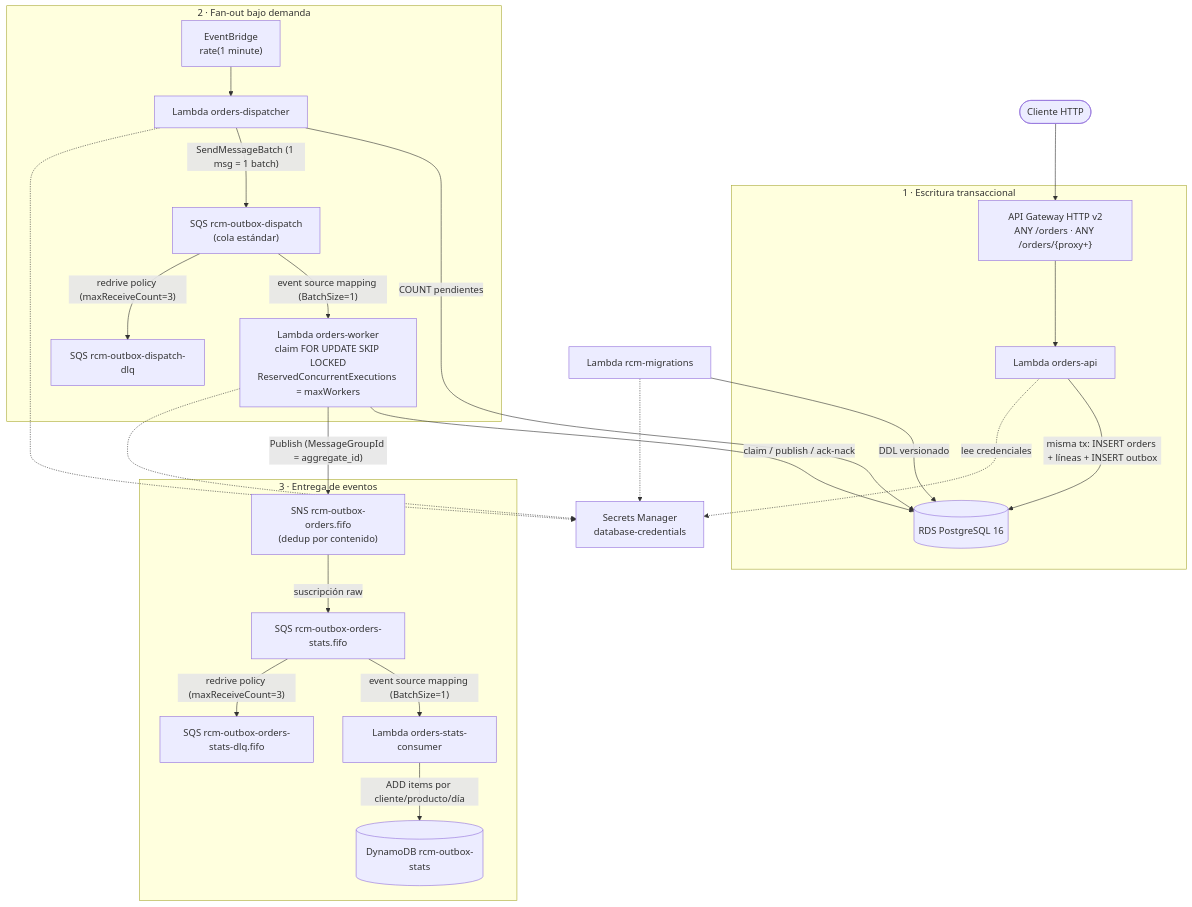
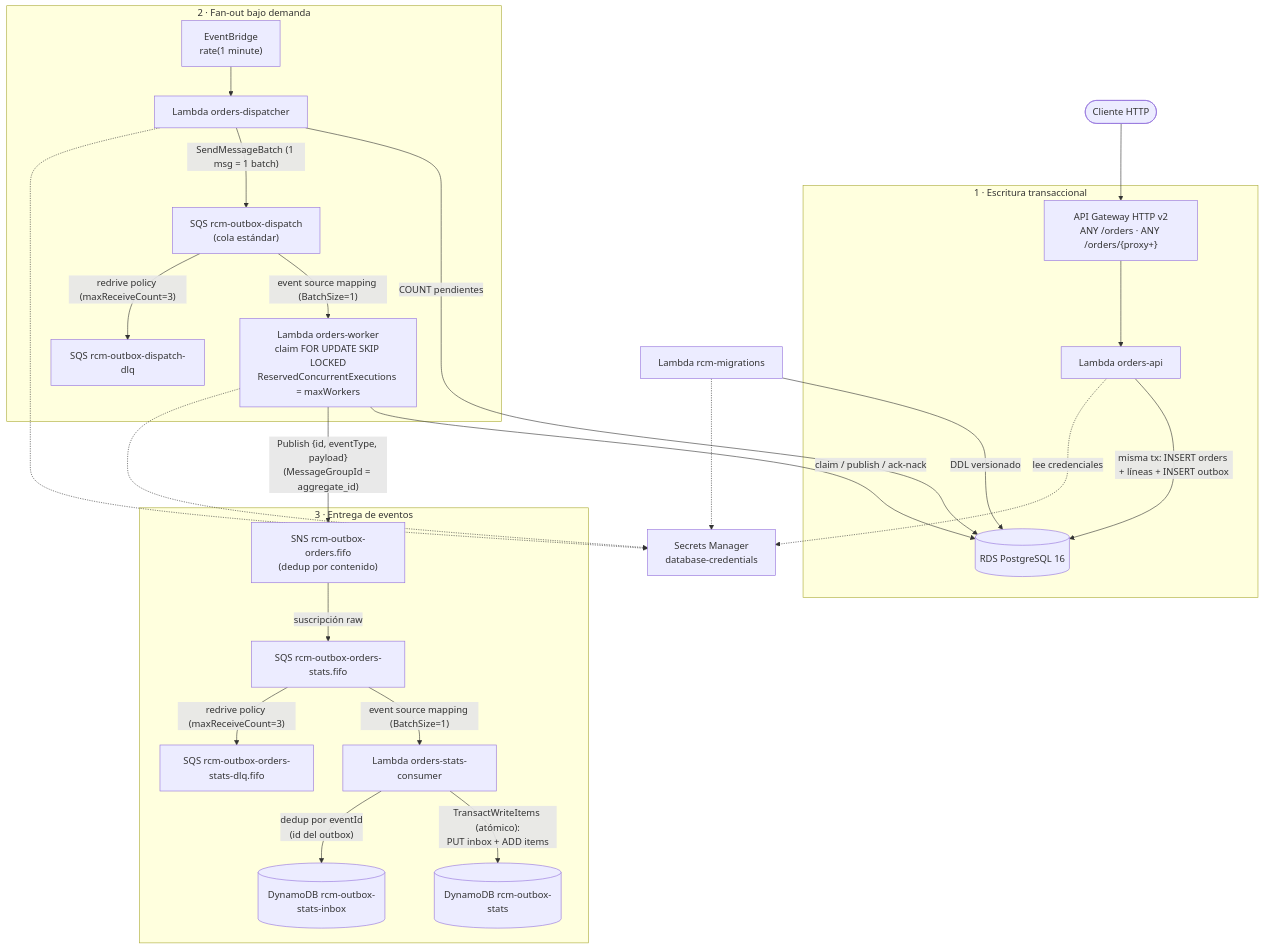
The diagram in README.md (rcastellor/rcm-outbox), drawn with Mermaid before and after one commit. The commit also changed other lines of this file and 16 other files, not shown here.

````diff
--- a/README.md
+++ b/README.md
@@ -9,52 +11,54 @@
 ```mermaid
 flowchart TB
     client(["Cliente HTTP"])
 
     subgraph escritura ["1 · Escritura transaccional"]
         apigw["API Gateway HTTP v2<br/>ANY /orders · ANY /orders/{proxy+}"]
         api["Lambda orders-api"]
         db[("RDS PostgreSQL 16")]
     end
 
     subgraph fanout ["2 · Fan-out bajo demanda"]
         eb["EventBridge<br/>rate(1 minute)"]
         disp["Lambda orders-dispatcher"]
         dq["SQS rcm-outbox-dispatch<br/>(cola estándar)"]
         dqdlq["SQS rcm-outbox-dispatch-dlq"]
         worker["Lambda orders-worker<br/>claim FOR UPDATE SKIP LOCKED<br/>ReservedConcurrentExecutions = maxWorkers"]
     end
 
     subgraph entrega ["3 · Entrega de eventos"]
         sns["SNS rcm-outbox-orders.fifo<br/>(dedup por contenido)"]
         subq["SQS rcm-outbox-orders-stats.fifo"]
         subqdlq["SQS rcm-outbox-orders-stats-dlq.fifo"]
         consumer["Lambda orders-stats-consumer"]
         ddb[("DynamoDB rcm-outbox-stats")]
+        inbox[("DynamoDB rcm-outbox-stats-inbox")]
     end
 
     sm["Secrets Manager<br/>database-credentials"]
     mig["Lambda rcm-migrations"]
 
     client --> apigw
     apigw --> api
     api -- "misma tx: INSERT orders + líneas + INSERT outbox" --> db
 
     eb --> disp
     disp -- "COUNT pendientes" --> db
     disp -- "SendMessageBatch (1 msg = 1 batch)" --> dq
     dq -- "event source mapping (BatchSize=1)" --> worker
     worker -- "claim / publish / ack-nack" --> db
-    worker -- "Publish (MessageGroupId = aggregate_id)" --> sns
+    worker -- "Publish {id, eventType, payload}<br/>(MessageGroupId = aggregate_id)" --> sns
     sns -- "suscripción raw" --> subq
     subq -- "event source mapping (BatchSize=1)" --> consumer
-    consumer -- "ADD items por cliente/producto/día" --> ddb
+    consumer -- "TransactWriteItems (atómico):<br/>PUT inbox + ADD items" --> ddb
+    consumer -- "dedup por eventId<br/>(id del outbox)" --> inbox
 
     dq -- "redrive policy (maxReceiveCount=3)" --> dqdlq
     subq -- "redrive policy (maxReceiveCount=3)" --> subqdlq
 
     api -. "lee credenciales" .-> sm
     disp -.-> sm
     worker -.-> sm
     mig -.-> sm
     mig -- "DDL versionado" --> db
 ```
````
